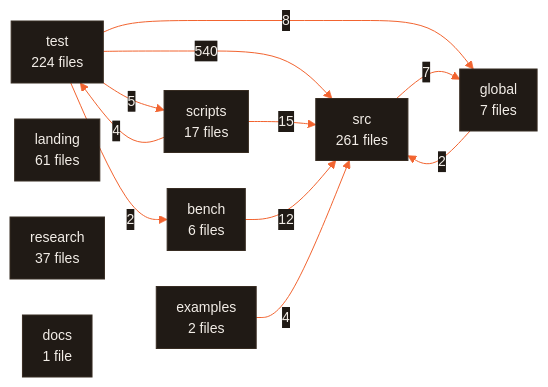
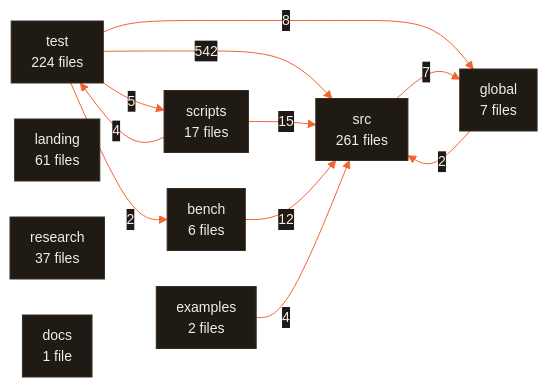
The diagram in ARCHITECTURE.md (CodeWithJuber/forgekit), drawn with Mermaid before and after one commit.

Commit message:
Refresh generated documentation for this layer

````diff
--- a/ARCHITECTURE.md
+++ b/ARCHITECTURE.md
@@ -677,23 +677,23 @@
 ```mermaid
 %%{init: {'theme':'base','themeVariables':{'primaryColor':'#201a15','primaryTextColor':'#f2ede7','primaryBorderColor':'#372c22','lineColor':'#f26430','secondaryColor':'#272019','tertiaryColor':'#171310','edgeLabelBackground':'#201a15','clusterBkg':'#171310','clusterBorder':'#4a3b2e','fontFamily':'ui-sans-serif, system-ui, sans-serif','fontSize':'14px'},'flowchart':{'curve':'basis','padding':10,'nodeSpacing':36,'rankSpacing':44}}}%%
 flowchart LR
   src["src<br/>261 files"]
   test["test<br/>224 files"]
   landing["landing<br/>61 files"]
   research["research<br/>37 files"]
   scripts["scripts<br/>17 files"]
   global["global<br/>7 files"]
   bench["bench<br/>6 files"]
   examples["examples<br/>2 files"]
   docs["docs<br/>1 file"]
-  test -- 540 --> src
+  test -- 542 --> src
   scripts -- 15 --> src
   bench -- 12 --> src
   test -- 8 --> global
   src -- 7 --> global
   test -- 5 --> scripts
   examples -- 4 --> src
   scripts -- 4 --> test
   global -- 2 --> src
   test -- 2 --> bench
 ```
````
